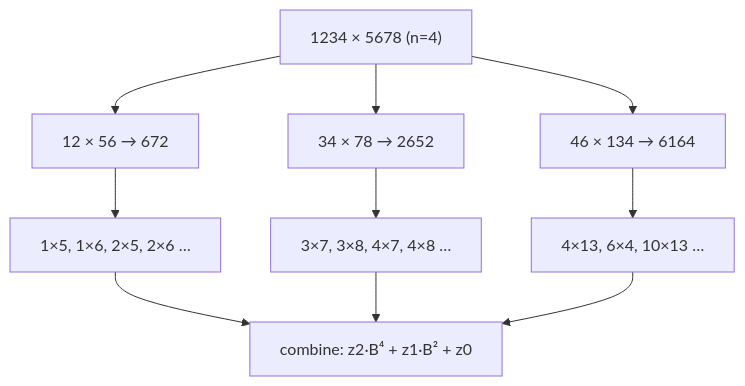
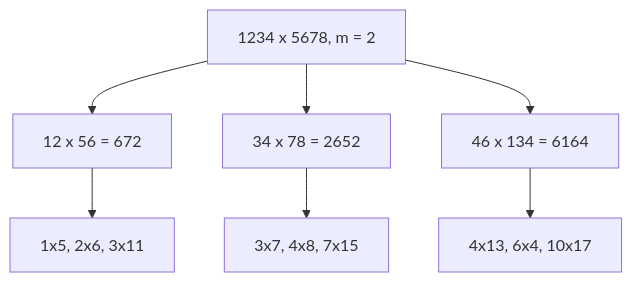
The diagram in docs/unit4/topic3.md (norbutlepcha25/CSF302), drawn with Mermaid before and after one commit. The commit also changed other lines of this file and 79 other files, not shown here.

````diff
--- a/docs/unit4/topic3.md
+++ b/docs/unit4/topic3.md
@@ -374,13 +174,9 @@
 ```mermaid
 flowchart TD
-    R["1234 × 5678  (n=4)"]
-    R --> A["12 × 56  → 672"]
-    R --> B["34 × 78  → 2652"]
-    R --> C["46 × 134 → 6164"]
-    A --> A1["1×5, 1×6, 2×5, 2×6 …"]
-    B --> B1["3×7, 3×8, 4×7, 4×8 …"]
-    C --> C1["4×13, 6×4, 10×13 …"]
-    A1 --> Z["combine: z2·B⁴ + z1·B² + z0"]
-    B1 --> Z
-    C1 --> Z
+    R["1234 x 5678, m = 2"] --> A["12 x 56 = 672"]
+    R --> B["34 x 78 = 2652"]
+    R --> C["46 x 134 = 6164"]
+    A --> A1["1x5, 2x6, 3x11"]
+    B --> B1["3x7, 4x8, 7x15"]
+    C --> C1["4x13, 6x4, 10x17"]
 ```
````
